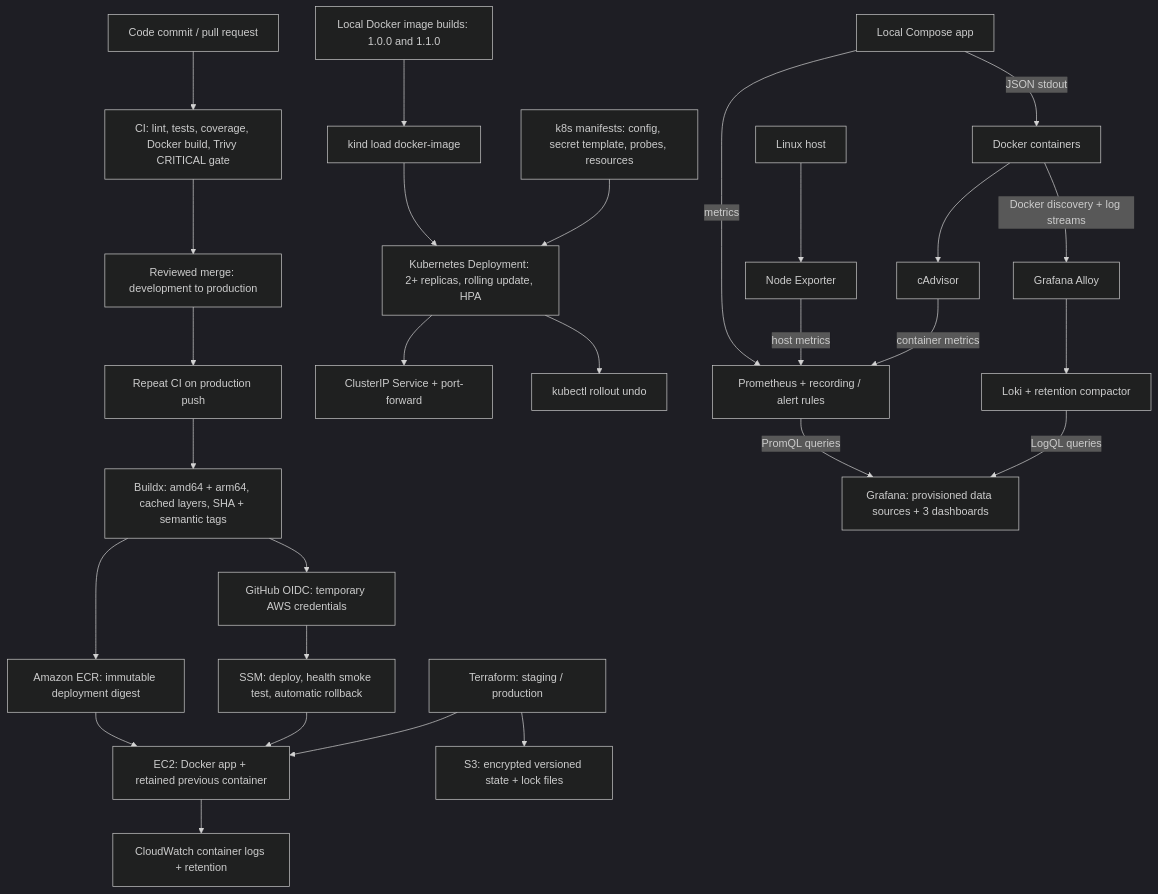
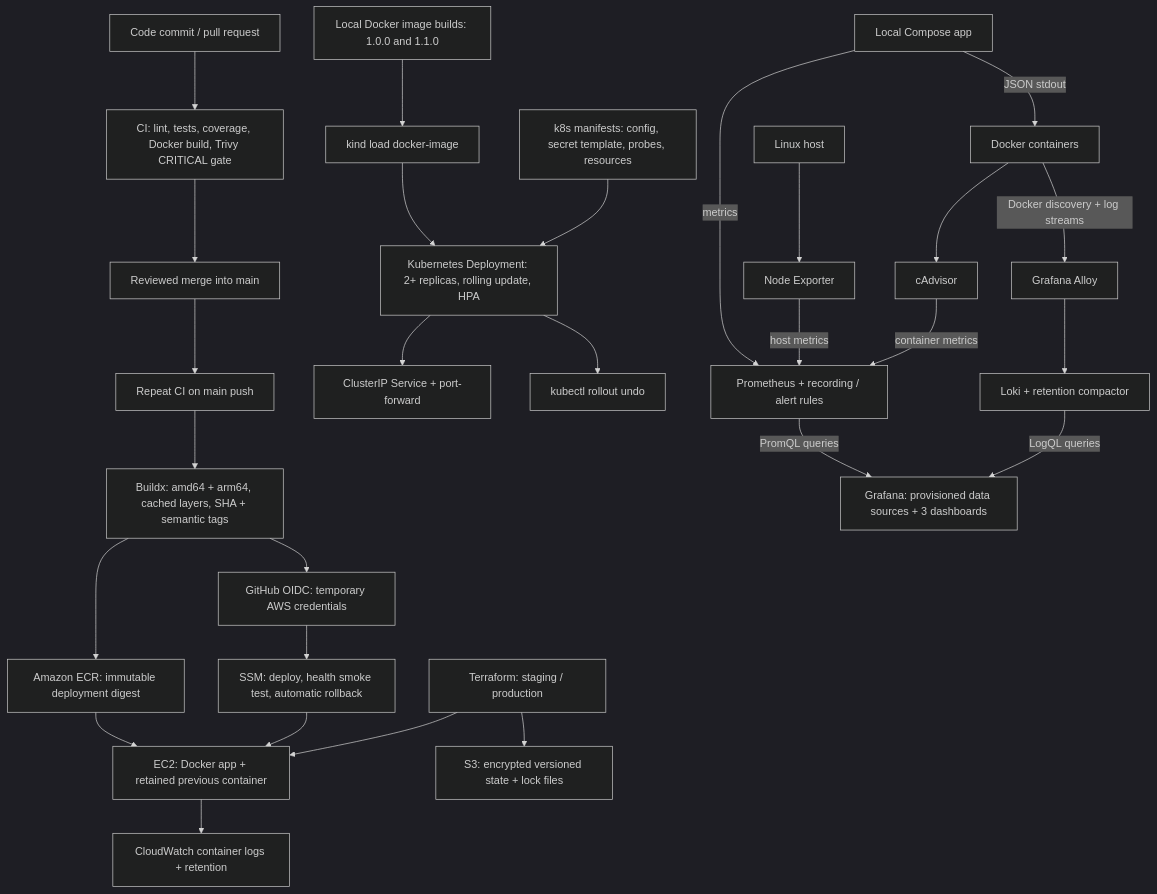
One commit to sawjal-sikder/devops-assessment changed the diagram in README.md. Above: the diagram before and after it, drawn with Mermaid (dark theme). The commit also changed other lines of this file and 19 other files, not shown here.

````diff
--- a/README.md
+++ b/README.md
@@ -37,32 +42,32 @@
 ```mermaid
 flowchart TB
   Commit[Code commit / pull request] --> PR[CI: lint, tests, coverage, Docker build, Trivy CRITICAL gate]
-  PR --> Merge[Reviewed merge: development to production]
-  Merge --> Checks[Repeat CI on production push]
+  PR --> Merge[Reviewed merge into main]
+  Merge --> Checks[Repeat CI on main push]
   Checks --> Build[Buildx: amd64 + arm64, cached layers, SHA + semantic tags]
   Build --> ECR[Amazon ECR: immutable deployment digest]
   Build --> OIDC[GitHub OIDC: temporary AWS credentials]
   OIDC --> SSM[SSM: deploy, health smoke test, automatic rollback]
   ECR --> EC2[EC2: Docker app + retained previous container]
   SSM --> EC2
   TF[Terraform: staging / production] --> EC2
   TF --> State[S3: encrypted versioned state + lock files]
   EC2 --> CW[CloudWatch container logs + retention]
 
   Local[Local Docker image builds: 1.0.0 and 1.1.0] --> Load[kind load docker-image]
   Load --> Kube[Kubernetes Deployment: 2+ replicas, rolling update, HPA]
   Manifests[k8s manifests: config, secret template, probes, resources] --> Kube
   Kube --> Service[ClusterIP Service + port-forward]
   Kube --> Undo[kubectl rollout undo]
 
   App[Local Compose app] -->|metrics| Prom[Prometheus + recording / alert rules]
   Host[Linux host] --> Node[Node Exporter]
   Node -->|host metrics| Prom
   Docker[Docker containers] --> Cad[cAdvisor]
   Cad -->|container metrics| Prom
   App -->|JSON stdout| Docker
   Docker -->|Docker discovery + log streams| Alloy[Grafana Alloy]
   Alloy --> Loki[Loki + retention compactor]
   Prom -->|PromQL queries| Grafana[Grafana: provisioned data sources + 3 dashboards]
   Loki -->|LogQL queries| Grafana
 ```
````
